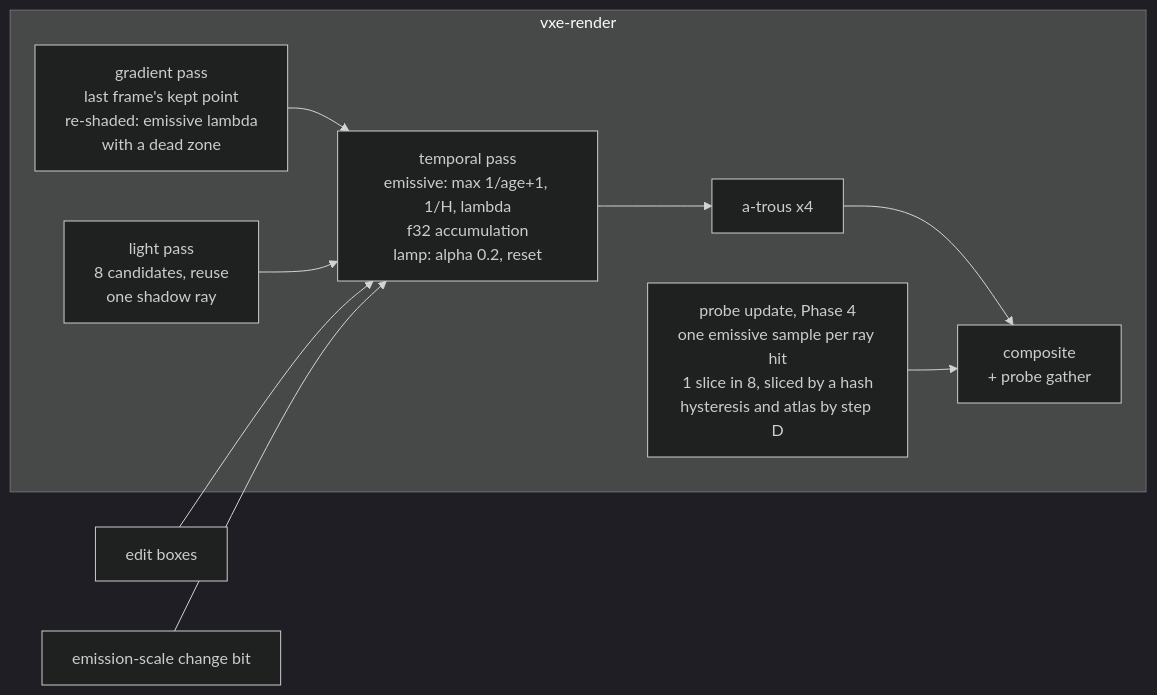
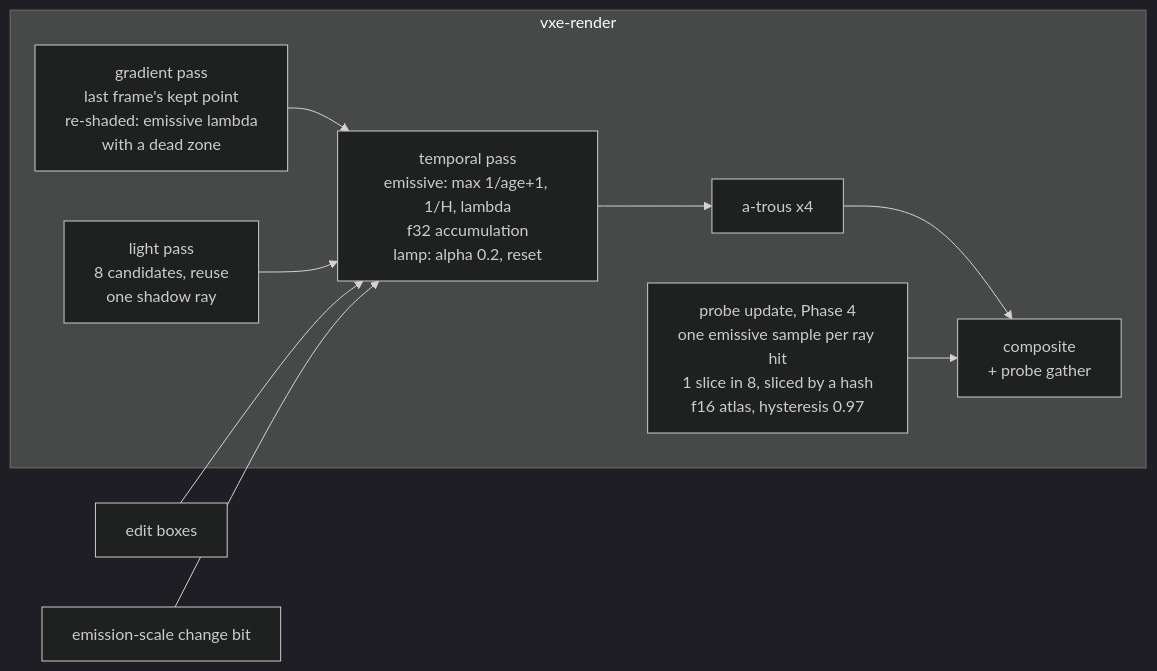
One commit to IgorKonovalov/voxel-engine changed the diagram in docs/plans/0047-emissive-light-holds-still-long-guarded-history.md. Above: the diagram before and after it, drawn with Mermaid (dark theme). The commit also changed other lines of this file, not shown here.

First line of the commit message:
docs(plans): amend plan 0047 (owner, fourth): keep the slice hash, settle the goldens, split Phase 5's bar

````diff
--- a/docs/plans/0047-emissive-light-holds-still-long-guarded-history.md
+++ b/docs/plans/0047-emissive-light-holds-still-long-guarded-history.md
@@ -165,12 +180,12 @@
 ```mermaid
 flowchart LR
     subgraph vxe-render
         G[gradient pass\nlast frame's kept point\nre-shaded: emissive lambda\nwith a dead zone] --> T
         L[light pass\n8 candidates, reuse\none shadow ray] --> T[temporal pass\nemissive: max 1/age+1, 1/H, lambda\nf32 accumulation\nlamp: alpha 0.2, reset]
         T --> A[a-trous x4]
         A --> C[composite\n+ probe gather]
-        P[probe update, Phase 4\none emissive sample per ray hit\n1 slice in 8, sliced by a hash\nhysteresis and atlas by step D] --> C
+        P[probe update, Phase 4\none emissive sample per ray hit\n1 slice in 8, sliced by a hash\nf16 atlas, hysteresis 0.97] --> C
     end
     E[edit boxes] --> T
     S[emission-scale change bit] --> T
 ```
````
